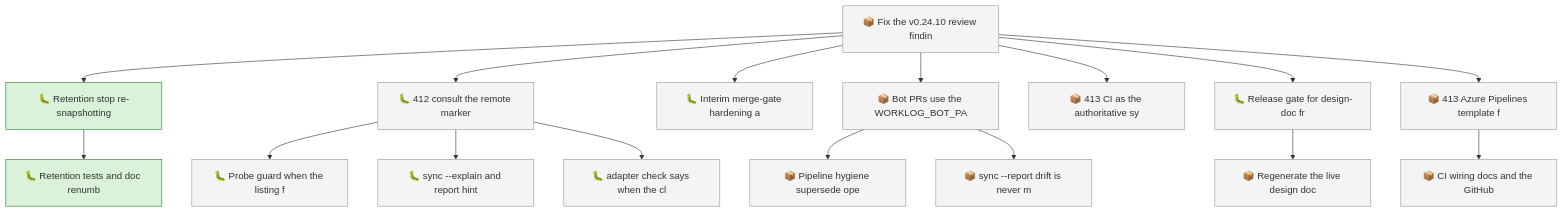
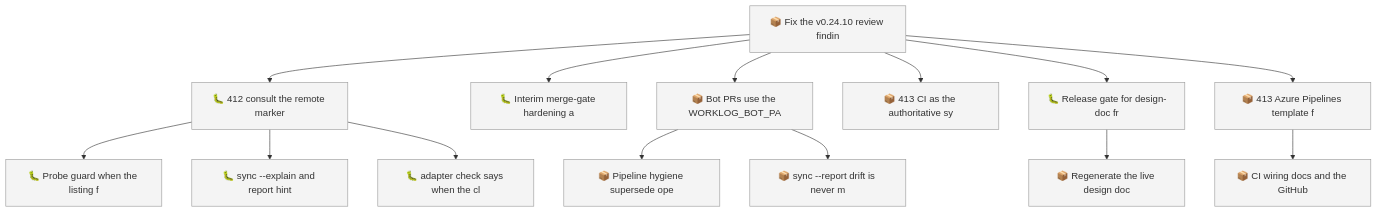
The first of 2 diagrams in docs/roadmap.md (SpillwaveSolutions/wiki_ticket_sdd), drawn with Mermaid before and after one commit. The commit also changed other lines of this file and 16 other files, not shown here.

First line of the commit message:
fix(compact): retention no longer ping-pongs archived items (01M2XCWMVD7KJ01FCNEV1X822V)

````diff
--- a/docs/roadmap.md
+++ b/docs/roadmap.md
@@ -58,38 +52,32 @@
 ```mermaid
 graph TD
     01M2XCWMV0QYM4ZRBWN1V1327B["📦 Fix the v0.24.10 review findin"]
-    01M2XCWMVD7KJ01FCNEV1X822V["🐛 Retention stop re-snapshotting"]
-    01M2XCWMVD7KJ01FCNEV1X8235["🐛 Retention tests and doc renumb"]
     01M2XCWMVD7KJ01FCNEV1X8237["🐛 412 consult the remote marker"]
     01M2XCWMVEH3XFP2VPS9JBD6X7["🐛 Probe guard when the listing f"]
     01M2XCWMVEH3XFP2VPS9JBD6X9["🐛 sync --explain and report hint"]
     01M2XCWMVEH3XFP2VPS9JBD6XB["🐛 adapter check says when the cl"]
     01M2XCWMVEH3XFP2VPS9JBD6XD["🐛 Interim merge-gate hardening a"]
     01M2XCWMVEH3XFP2VPS9JBD6XF["📦 Bot PRs use the WORKLOG_BOT_PA"]
     01M2XCWMVEH3XFP2VPS9JBD6XH["📦 Pipeline hygiene supersede ope"]
     01M2XCWMVEH3XFP2VPS9JBD6XK["📦 sync --report drift is never m"]
     01M2XCWMVEH3XFP2VPS9JBD6XN["📦 413 CI as the authoritative sy"]
     01M2XCWMVEH3XFP2VPS9JBD6XQ["🐛 Release gate for design-doc fr"]
     01M2XCWMVEH3XFP2VPS9JBD6XS["📦 Regenerate the live design doc"]
     01M2XCWMVEH3XFP2VPS9JBD6XV["📦 413 Azure Pipelines template f"]
     01M2XCWMVEH3XFP2VPS9JBD6XX["📦 CI wiring docs and the GitHub"]
-    01M2XCWMV0QYM4ZRBWN1V1327B --> 01M2XCWMVD7KJ01FCNEV1X822V
-    01M2XCWMVD7KJ01FCNEV1X822V --> 01M2XCWMVD7KJ01FCNEV1X8235
     01M2XCWMV0QYM4ZRBWN1V1327B --> 01M2XCWMVD7KJ01FCNEV1X8237
     01M2XCWMVD7KJ01FCNEV1X8237 --> 01M2XCWMVEH3XFP2VPS9JBD6X7
     01M2XCWMVD7KJ01FCNEV1X8237 --> 01M2XCWMVEH3XFP2VPS9JBD6X9
     01M2XCWMVD7KJ01FCNEV1X8237 --> 01M2XCWMVEH3XFP2VPS9JBD6XB
     01M2XCWMV0QYM4ZRBWN1V1327B --> 01M2XCWMVEH3XFP2VPS9JBD6XD
     01M2XCWMV0QYM4ZRBWN1V1327B --> 01M2XCWMVEH3XFP2VPS9JBD6XF
     01M2XCWMVEH3XFP2VPS9JBD6XF --> 01M2XCWMVEH3XFP2VPS9JBD6XH
     01M2XCWMVEH3XFP2VPS9JBD6XF --> 01M2XCWMVEH3XFP2VPS9JBD6XK
     01M2XCWMV0QYM4ZRBWN1V1327B --> 01M2XCWMVEH3XFP2VPS9JBD6XN
     01M2XCWMV0QYM4ZRBWN1V1327B --> 01M2XCWMVEH3XFP2VPS9JBD6XQ
     01M2XCWMVEH3XFP2VPS9JBD6XQ --> 01M2XCWMVEH3XFP2VPS9JBD6XS
     01M2XCWMV0QYM4ZRBWN1V1327B --> 01M2XCWMVEH3XFP2VPS9JBD6XV
     01M2XCWMVEH3XFP2VPS9JBD6XV --> 01M2XCWMVEH3XFP2VPS9JBD6XX
     classDef todo fill:#f4f4f4,stroke:#999999
     class 01M2XCWMV0QYM4ZRBWN1V1327B,01M2XCWMVD7KJ01FCNEV1X8237,01M2XCWMVEH3XFP2VPS9JBD6X7,01M2XCWMVEH3XFP2VPS9JBD6X9,01M2XCWMVEH3XFP2VPS9JBD6XB,01M2XCWMVEH3XFP2VPS9JBD6XD,01M2XCWMVEH3XFP2VPS9JBD6XF,01M2XCWMVEH3XFP2VPS9JBD6XH,01M2XCWMVEH3XFP2VPS9JBD6XK,01M2XCWMVEH3XFP2VPS9JBD6XN,01M2XCWMVEH3XFP2VPS9JBD6XQ,01M2XCWMVEH3XFP2VPS9JBD6XS,01M2XCWMVEH3XFP2VPS9JBD6XV,01M2XCWMVEH3XFP2VPS9JBD6XX todo
-    classDef in_progress fill:#d9f2d9,stroke:#2e7d32
-    class 01M2XCWMVD7KJ01FCNEV1X822V,01M2XCWMVD7KJ01FCNEV1X8235 in_progress
 ```
````
